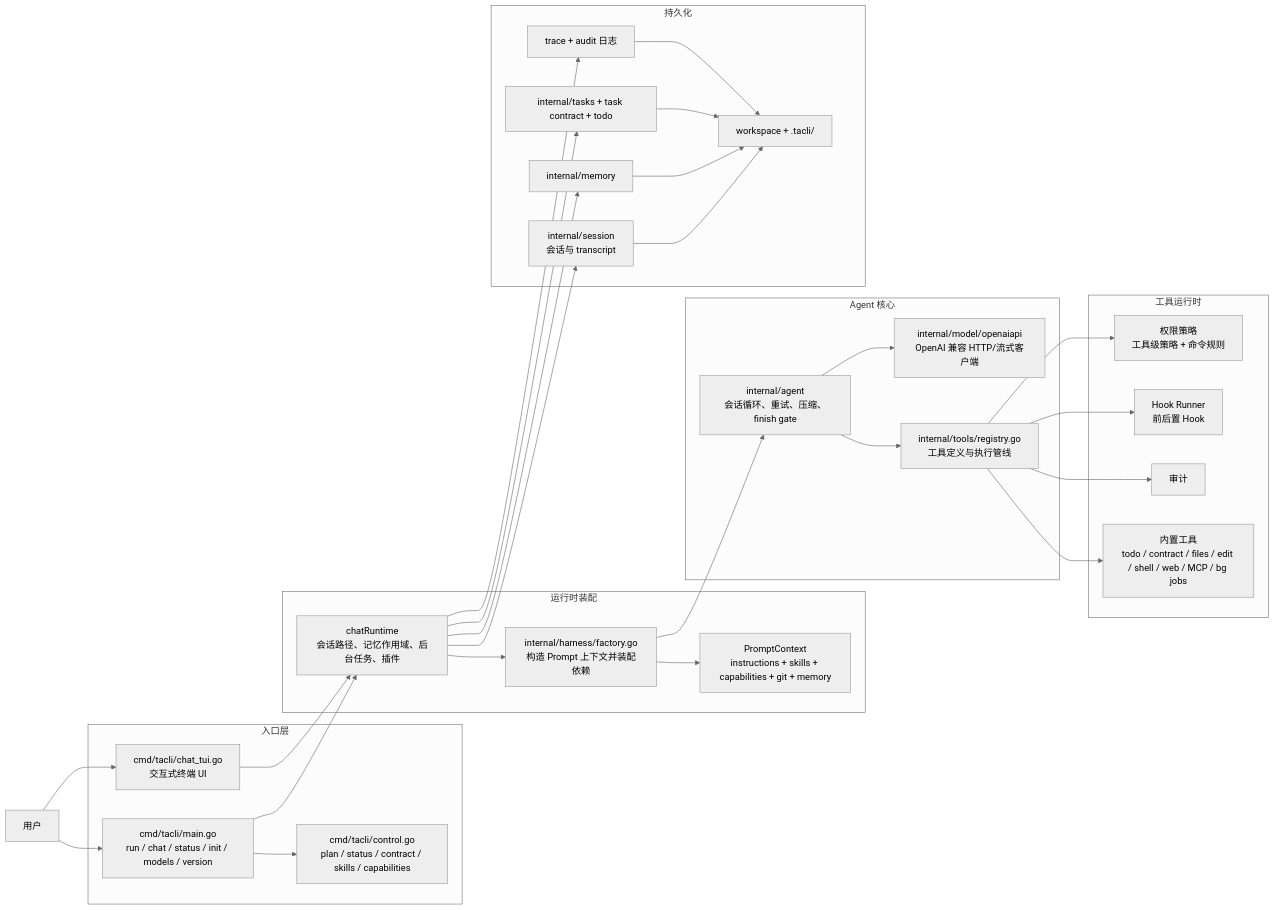
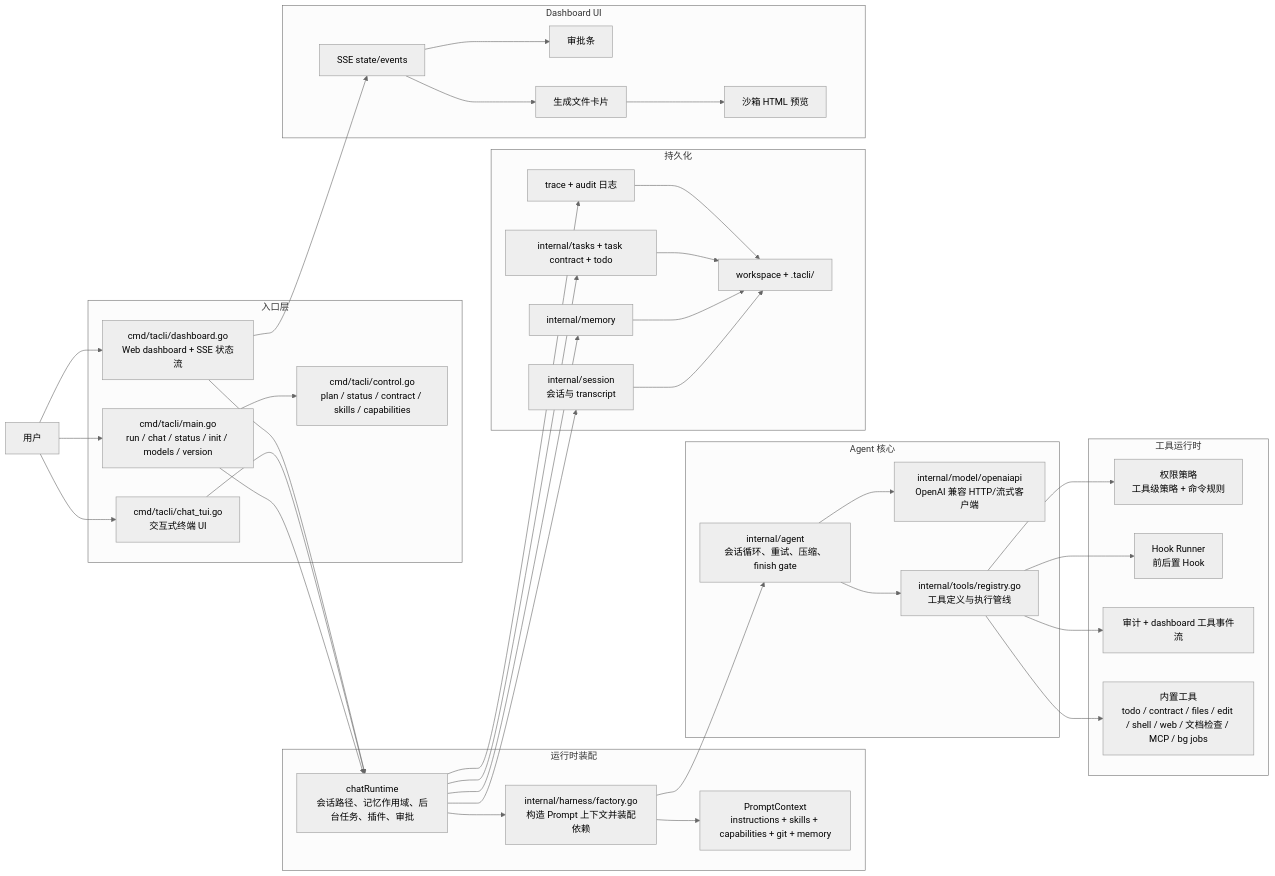
One commit to axeprpr/tiny-agent-cli changed the first of 4 diagrams in README.zh-CN.md. Above: the diagram before and after it, drawn with Mermaid (neutral theme). The commit also changed other lines of this file and 4 other files, not shown here.

Commit message:
Add dashboard HTML preview and refresh docs

````diff
--- a/README.zh-CN.md
+++ b/README.zh-CN.md
@@ -18,60 +27,74 @@
 ```mermaid
 flowchart LR
     user[用户]
 
     subgraph entry[入口层]
         cli["cmd/tacli/main.go<br/>run / chat / status / init / models / version"]
         tui["cmd/tacli/chat_tui.go<br/>交互式终端 UI"]
+        dashboard["cmd/tacli/dashboard.go<br/>Web dashboard + SSE 状态流"]
         control["cmd/tacli/control.go<br/>plan / status / contract / skills / capabilities"]
     end
 
     subgraph runtime[运行时装配]
-        chatrt["chatRuntime<br/>会话路径、记忆作用域、后台任务、插件"]
+        chatrt["chatRuntime<br/>会话路径、记忆作用域、后台任务、插件、审批"]
         factory["internal/harness/factory.go<br/>构造 Prompt 上下文并装配依赖"]
         prompt["PromptContext<br/>instructions + skills + capabilities + git + memory"]
     end
 
     subgraph core[Agent 核心]
         agent["internal/agent<br/>会话循环、重试、压缩、finish gate"]
         model["internal/model/openaiapi<br/>OpenAI 兼容 HTTP/流式客户端"]
         registry["internal/tools/registry.go<br/>工具定义与执行管线"]
     end
 
     subgraph tooling[工具运行时]
         permission["权限策略<br/>工具级策略 + 命令规则"]
         hooks["Hook Runner<br/>前后置 Hook"]
-        audit["审计"]
-        tools["内置工具<br/>todo / contract / files / edit / shell / web / MCP / bg jobs"]
+        audit["审计 + dashboard 工具事件流"]
+        tools["内置工具<br/>todo / contract / files / edit / shell / web / 文档检查 / MCP / bg jobs"]
     end
 
     subgraph state[持久化]
         session["internal/session<br/>会话与 transcript"]
         memory["internal/memory"]
         tasks["internal/tasks + task contract + todo"]
         trace["trace + audit 日志"]
         disk["workspace + .tacli/"]
     end
 
+    subgraph webui[Dashboard UI]
+        sse["SSE state/events"]
+        approvals["审批条"]
+        files["生成文件卡片"]
+        preview["沙箱 HTML 预览"]
+    end
+
     user --> cli
     user --> tui
+    user --> dashboard
     cli --> control
     cli --> chatrt
     tui --> chatrt
+    dashboard --> chatrt
+    dashboard --> sse
+    sse --> approvals
+    sse --> files
+    files --> preview
     chatrt --> factory
     factory --> prompt
     factory --> agent
     agent --> model
     agent --> registry
     registry --> permission
     registry --> hooks
     registry --> audit
     registry --> tools
     chatrt --> session
     chatrt --> memory
     chatrt --> tasks
     chatrt --> trace
     session --> disk
     memory --> disk
     tasks --> disk
     trace --> disk
 ```
````
